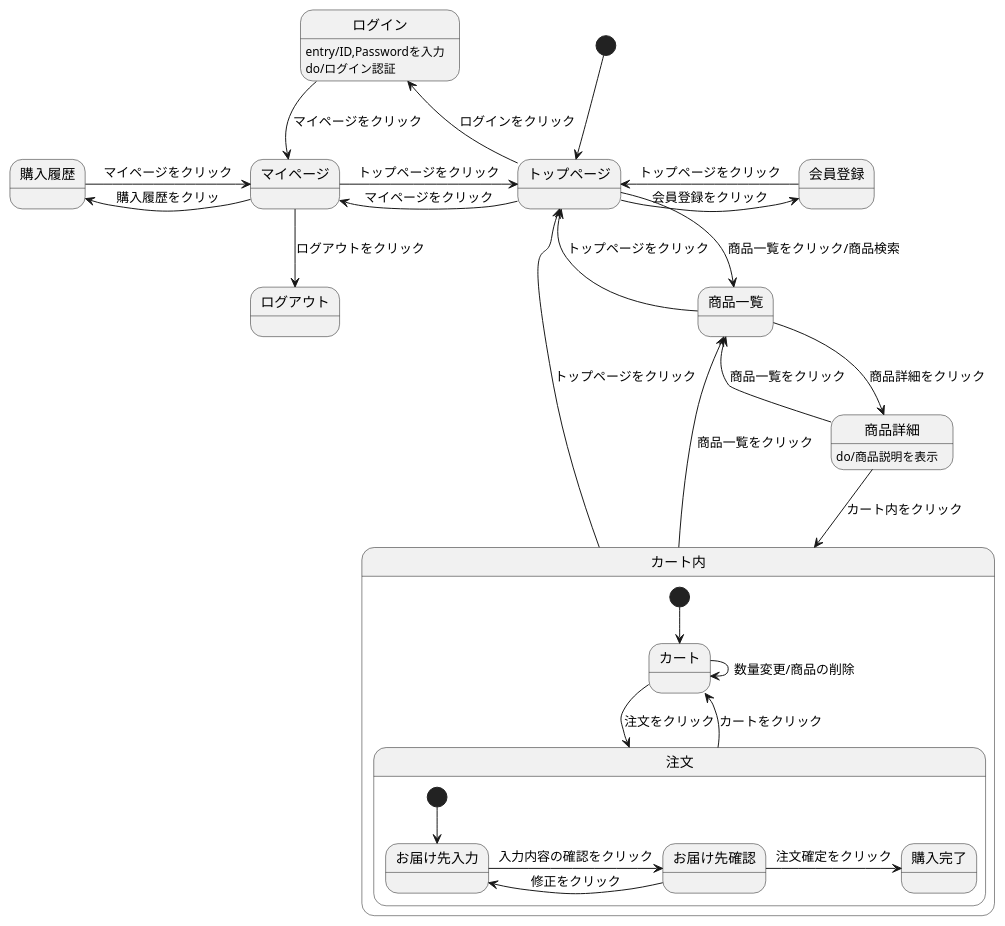
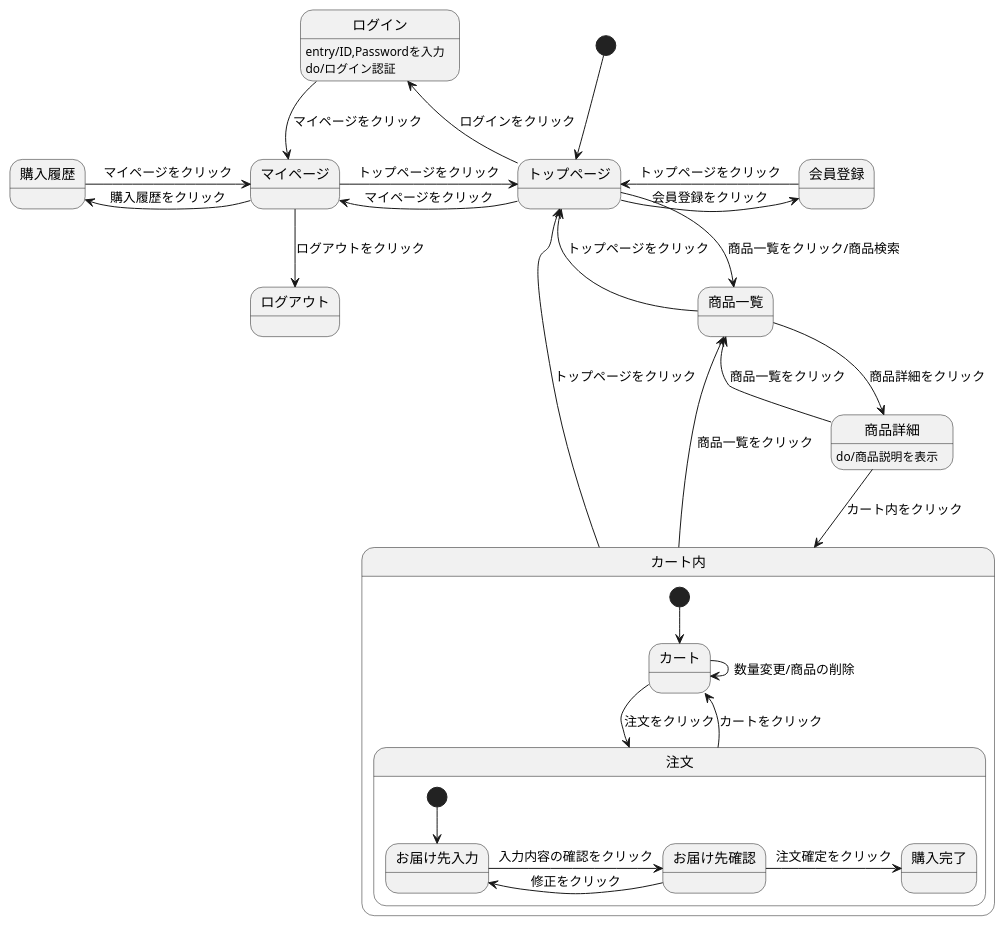
The diagram in Mypage(状態遷移図).md (Aso2001163/2021sys-design-2), drawn with PlantUML before and after one commit.

````diff
--- a/Mypage(状態遷移図).md
+++ b/Mypage(状態遷移図).md
@@ -1,37 +1,37 @@
 ```uml
 @startuml
 [*] --> トップページ
 トップページ -> 会員登録 : 会員登録をクリック
 会員登録 -> トップページ : トップページをクリック
 トップページ -left-> マイページ : マイページをクリック
 トップページ -left-> ログイン : ログインをクリック
 ログイン -down-> マイページ : マイページをクリック
 ログイン:entry/ID,Passwordを入力
 ログイン:do/ログイン認証
 マイページ -> トップページ : トップページをクリック
 マイページ -down-> ログアウト : ログアウトをクリック
-マイページ -left-> 購入履歴 : 購入履歴をクリッ
+マイページ -left-> 購入履歴 : 購入履歴をクリック
 購入履歴 -> マイページ : マイページをクリック
 トップページ --> 商品一覧 : 商品一覧をクリック/商品検索
 商品一覧 -> トップページ : トップページをクリック
 商品一覧 -> 商品詳細 : 商品詳細をクリック  
 商品詳細:do/商品説明を表示
 商品詳細 -down-> 商品一覧 : 商品一覧をクリック
 商品詳細 -down-> カート内 : カート内をクリック
 カート内 -> 商品一覧 : 商品一覧をクリック
 カート内 -up-> トップページ : トップページをクリック
 
 state カート内 {
   [*] --> カート
   カート -down-> 注文 : 注文をクリック
   カート -> カート : 数量変更/商品の削除
   注文 -down-> カート : カートをクリック
   state 注文 {
     [*] --> お届け先入力
     お届け先入力 -> お届け先確認 : 入力内容の確認をクリック
     お届け先確認 -> お届け先入力 : 修正をクリック
     お届け先確認 -> 購入完了 : 注文確定をクリック
     }
  }
 @enduml
 ```
````
